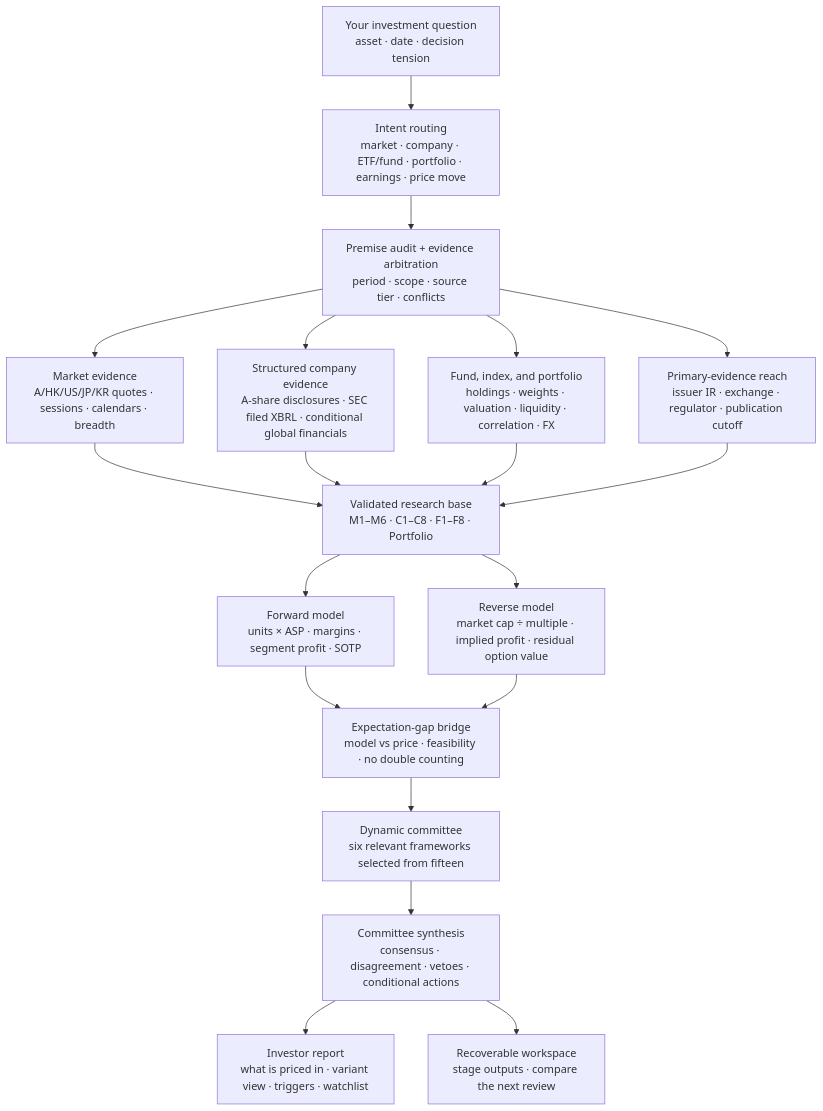
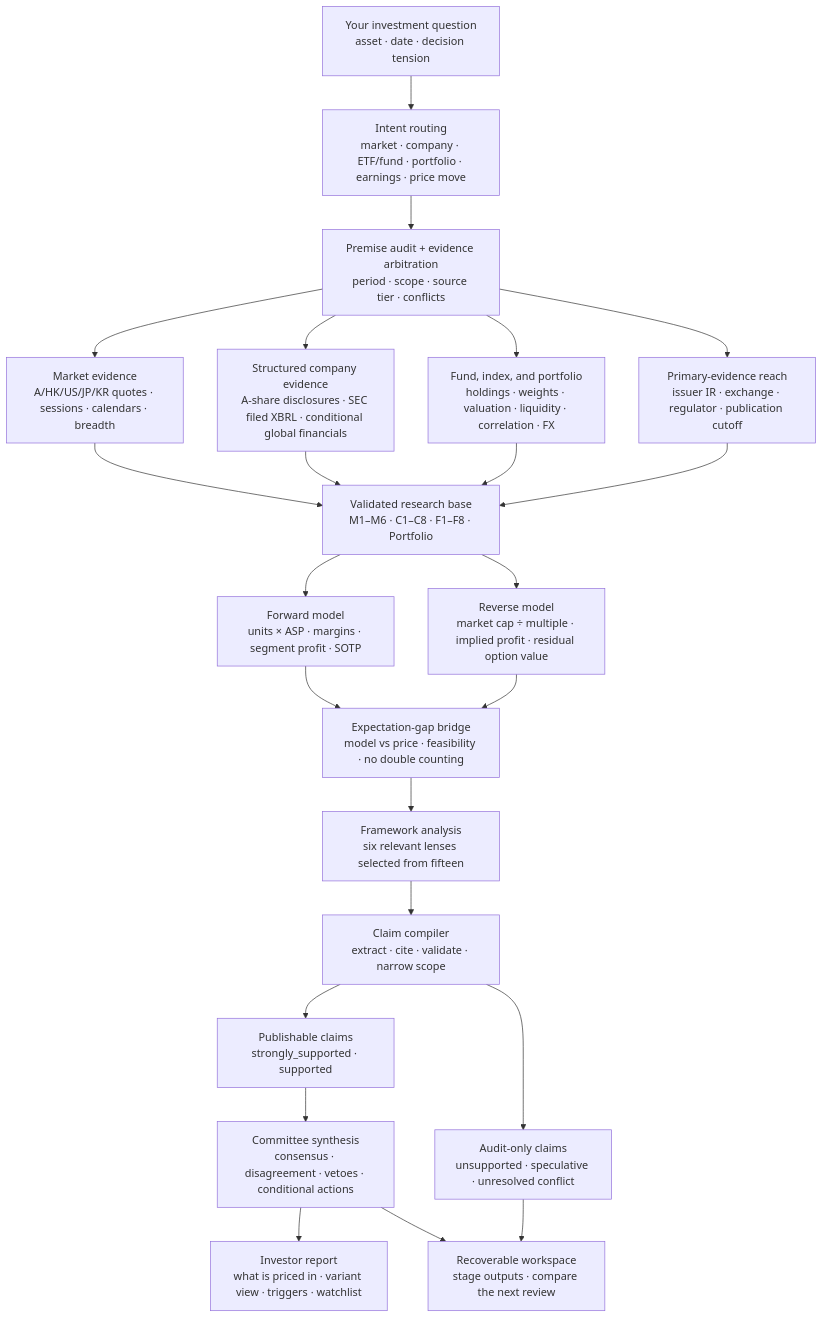
Before and after one commit to AdvancingTitans/stock-analysis: the first of 3 diagrams in README.md, drawn with Mermaid. The commit also changed other lines of this file and 49 other files, not shown here.

````diff
--- a/README.md
+++ b/README.md
@@ -136,21 +156,25 @@
 ```mermaid
 flowchart TB
     U["Your investment question\nasset · date · decision tension"] --> I["Intent routing\nmarket · company · ETF/fund · portfolio · earnings · price move"]
-    I --> P["Premise audit + evidence arbitration\nperiod · scope · source tier · conflicts"]
-    P --> C1["Market evidence\nA/HK/US/JP/KR quotes · sessions · calendars · breadth"]
-    P --> C2["Structured company evidence\nA-share disclosures · SEC filed XBRL · conditional global financials"]
-    P --> C3["Fund, index, and portfolio\nholdings · weights · valuation · liquidity · correlation · FX"]
-    P --> C4["Primary-evidence reach\nissuer IR · exchange · regulator · publication cutoff"]
+    I --> PA["Premise audit + evidence arbitration\nperiod · scope · source tier · conflicts"]
+    PA --> C1["Market evidence\nA/HK/US/JP/KR quotes · sessions · calendars · breadth"]
+    PA --> C2["Structured company evidence\nA-share disclosures · SEC filed XBRL · conditional global financials"]
+    PA --> C3["Fund, index, and portfolio\nholdings · weights · valuation · liquidity · correlation · FX"]
+    PA --> C4["Primary-evidence reach\nissuer IR · exchange · regulator · publication cutoff"]
     C1 --> V["Validated research base\nM1–M6 · C1–C8 · F1–F8 · Portfolio"]
     C2 --> V
     C3 --> V
     C4 --> V
     V --> F["Forward model\nunits × ASP · margins · segment profit · SOTP"]
     V --> B["Reverse model\nmarket cap ÷ multiple · implied profit · residual option value"]
     F --> G["Expectation-gap bridge\nmodel vs price · feasibility · no double counting"]
     B --> G
-    G --> K["Dynamic committee\nsix relevant frameworks selected from fifteen"]
-    K --> S["Committee synthesis\nconsensus · disagreement · vetoes · conditional actions"]
+    G --> K["Framework analysis\nsix relevant lenses selected from fifteen"]
+    K --> X["Claim compiler\nextract · cite · validate · narrow scope"]
+    X --> PC["Publishable claims\nstrongly_supported · supported"]
+    X --> A["Audit-only claims\nunsupported · speculative · unresolved conflict"]
+    PC --> S["Committee synthesis\nconsensus · disagreement · vetoes · conditional actions"]
     S --> R["Investor report\nwhat is priced in · variant view · triggers · watchlist"]
     S --> W["Recoverable workspace\nstage outputs · compare the next review"]
+    A --> W
 ```
````
